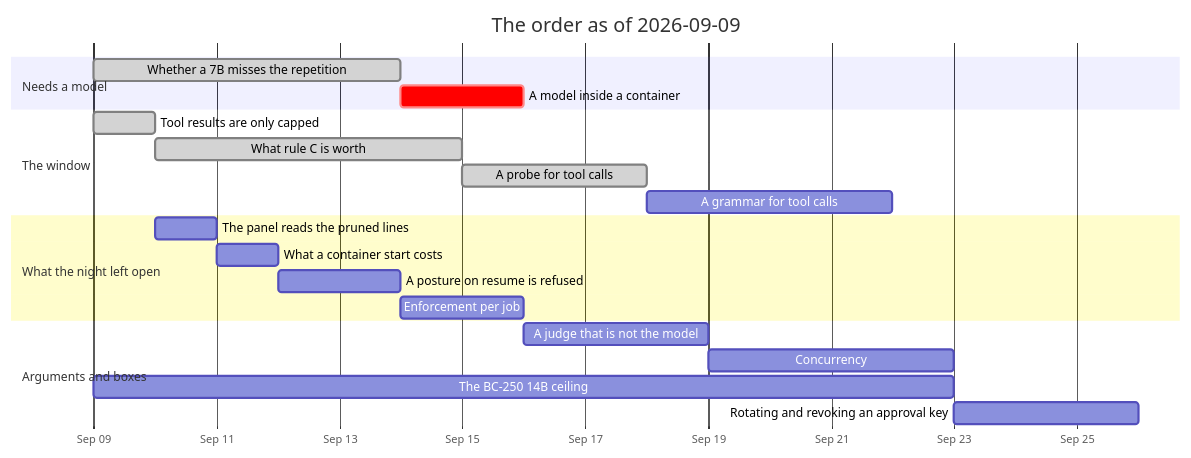
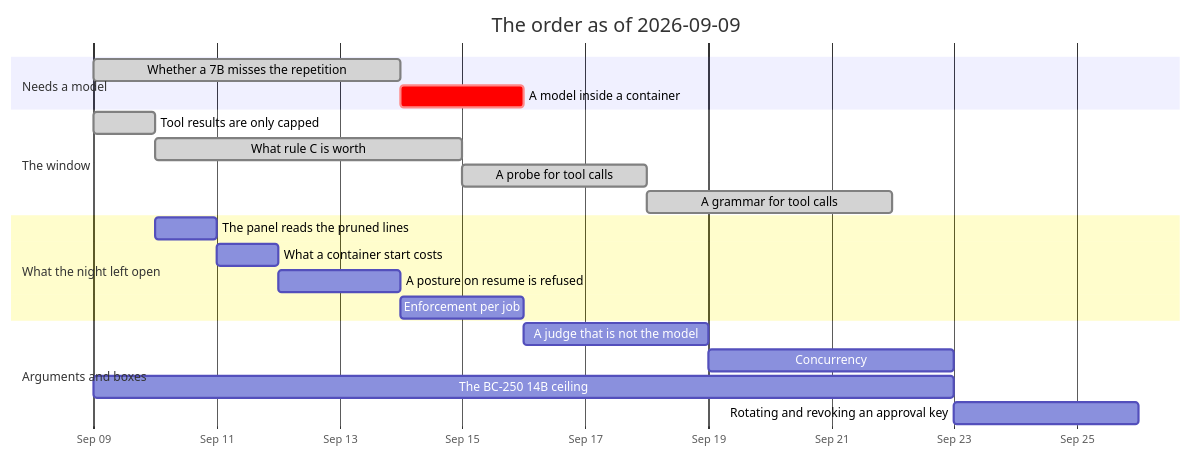
One commit to jgermade/luu changed the diagram in ROADMAP/2026-09-09/README.md. Above: the diagram before and after it, drawn with Mermaid. The commit also changed other lines of this file and 93 other files, not shown here.

````diff
--- a/ROADMAP/2026-09-09/README.md
+++ b/ROADMAP/2026-09-09/README.md
@@ -85,24 +85,24 @@
 ```mermaid
 gantt
     title The order as of 2026-09-09
     dateFormat YYYY-MM-DD
     axisFormat %b %d
     section Needs a model
     Whether a 7B misses the repetition     :done, rep, 2026-09-09, 5d
     A model inside a container             :crit, ctr, after rep, 2d
     section The window
     Tool results are only capped           :done, steps, 2026-09-09, 1d
     What rule C is worth                   :done, worth, after steps, 5d
     A probe for tool calls                 :done, probe, after worth, 3d
-    A grammar for tool calls               :gbnf, after probe, 4d
+    A grammar for tool calls               :done, gbnf, after probe, 4d
     section What the night left open
     The panel reads the pruned lines       :trace, after steps, 1d
     What a container start costs           :cost, after trace, 1d
     A posture on resume is refused         :posture, after cost, 2d
     Enforcement per job                    :enf, after posture, 2d
     section Arguments and boxes
     A judge that is not the model          :judge, after enf, 3d
     Concurrency                            :conc, after judge, 4d
     The BC-250 14B ceiling                 :bc250, 2026-09-09, 14d
     Rotating and revoking an approval key  :keys, after conc, 3d
 ```
````
